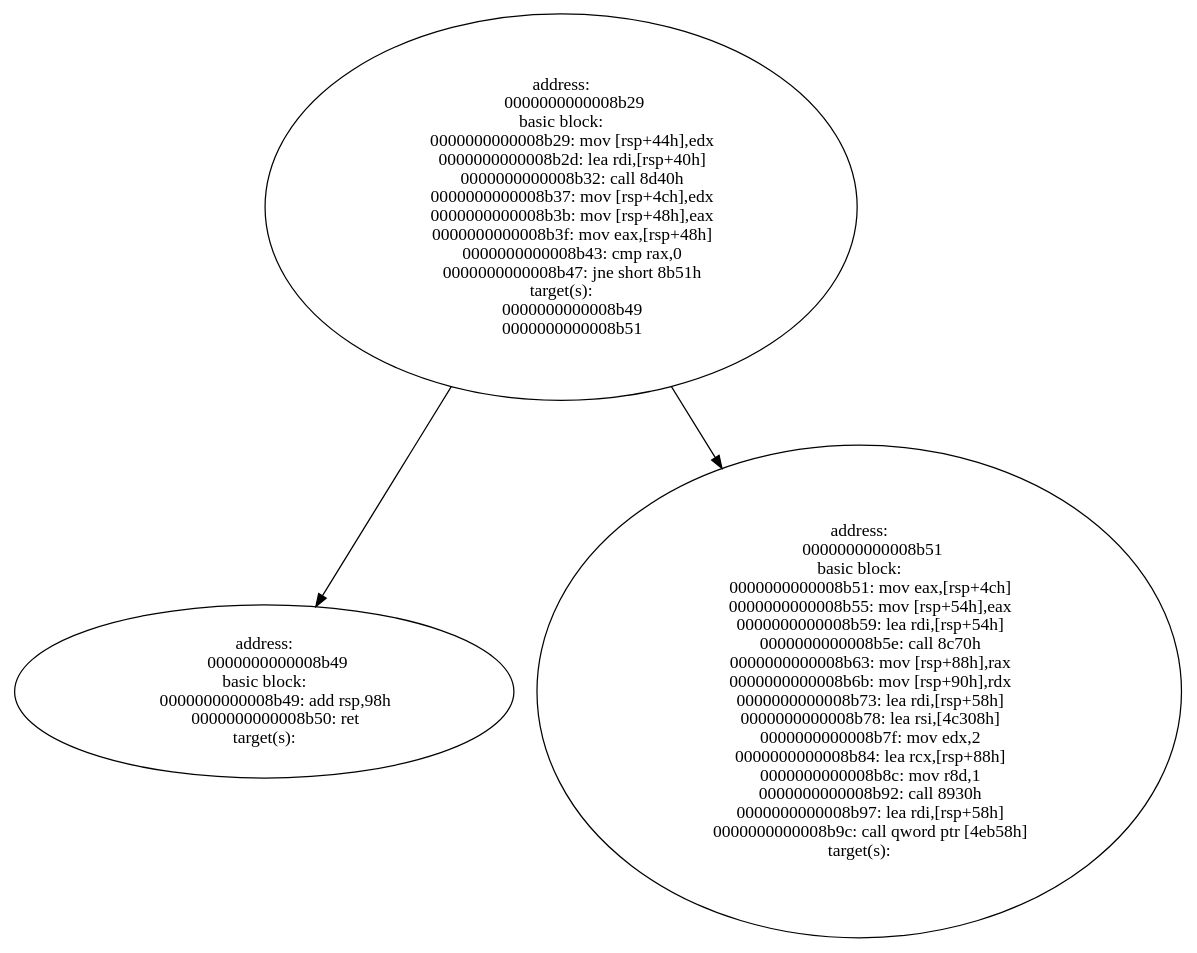
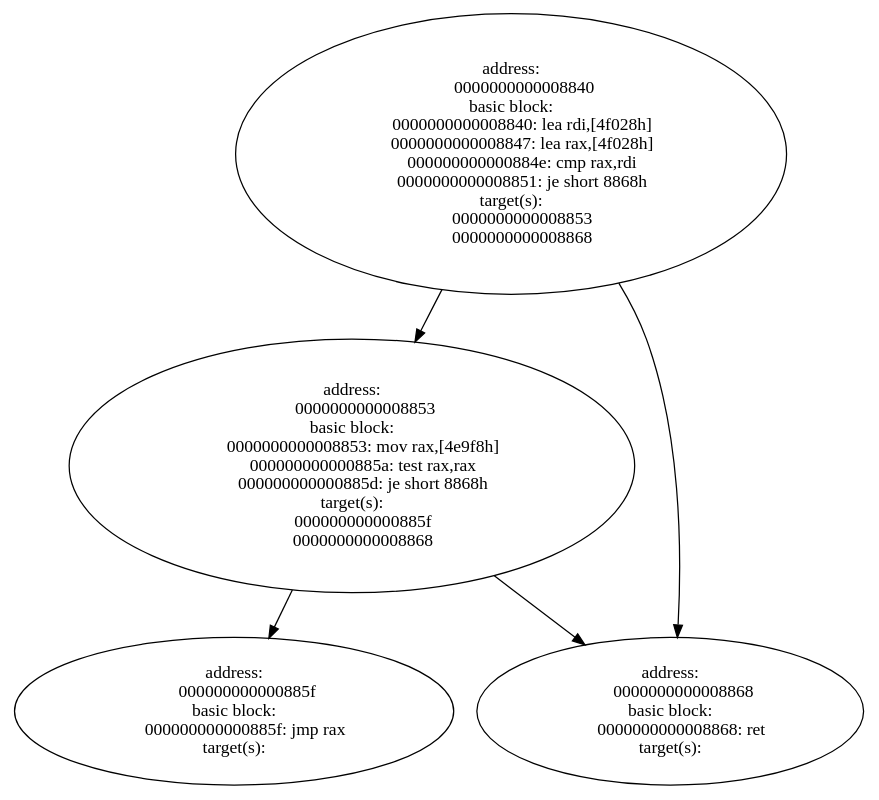
The diagram in virtual_address.dot (san-rok/virtual_address), drawn with Graphviz before and after one commit. The commit also changed 1 other file, not shown here.

Commit message:
test: Tarjan's SCC algorithm

```diff
--- a/virtual_address.dot
+++ b/virtual_address.dot
@@ -1,7 +1,10 @@
 digraph control_flow {
-    N0x8b29[label="address:\n       0000000000008b29\nbasic block:\n      0000000000008b29: mov [rsp+44h],edx\n      0000000000008b2d: lea rdi,[rsp+40h]\n      0000000000008b32: call 8d40h\n      0000000000008b37: mov [rsp+4ch],edx\n      0000000000008b3b: mov [rsp+48h],eax\n      0000000000008b3f: mov eax,[rsp+48h]\n      0000000000008b43: cmp rax,0\n      0000000000008b47: jne short 8b51h\ntarget(s):\n      0000000000008b49\n      0000000000008b51\n"];
-    N0x8b49[label="address:\n       0000000000008b49\nbasic block:\n      0000000000008b49: add rsp,98h\n      0000000000008b50: ret\ntarget(s):\n"];
-    N0x8b51[label="address:\n       0000000000008b51\nbasic block:\n      0000000000008b51: mov eax,[rsp+4ch]\n      0000000000008b55: mov [rsp+54h],eax\n      0000000000008b59: lea rdi,[rsp+54h]\n      0000000000008b5e: call 8c70h\n      0000000000008b63: mov [rsp+88h],rax\n      0000000000008b6b: mov [rsp+90h],rdx\n      0000000000008b73: lea rdi,[rsp+58h]\n      0000000000008b78: lea rsi,[4c308h]\n      0000000000008b7f: mov edx,2\n      0000000000008b84: lea rcx,[rsp+88h]\n      0000000000008b8c: mov r8d,1\n      0000000000008b92: call 8930h\n      0000000000008b97: lea rdi,[rsp+58h]\n      0000000000008b9c: call qword ptr [4eb58h]\ntarget(s):\n"];
-    N0x8b29 -> N0x8b49[label=""];
-    N0x8b29 -> N0x8b51[label=""];
+    N0x8840[label="address:\n       0000000000008840\nbasic block:\n      0000000000008840: lea rdi,[4f028h]\n      0000000000008847: lea rax,[4f028h]\n      000000000000884e: cmp rax,rdi\n      0000000000008851: je short 8868h\ntarget(s):\n      0000000000008853\n      0000000000008868\n"];
+    N0x8853[label="address:\n       0000000000008853\nbasic block:\n      0000000000008853: mov rax,[4e9f8h]\n      000000000000885a: test rax,rax\n      000000000000885d: je short 8868h\ntarget(s):\n      000000000000885f\n      0000000000008868\n"];
+    N0x885f[label="address:\n       000000000000885f\nbasic block:\n      000000000000885f: jmp rax\ntarget(s):\n"];
+    N0x8868[label="address:\n       0000000000008868\nbasic block:\n      0000000000008868: ret\ntarget(s):\n"];
+    N0x8840 -> N0x8853[label=""];
+    N0x8840 -> N0x8868[label=""];
+    N0x8853 -> N0x885f[label=""];
+    N0x8853 -> N0x8868[label=""];
 }
```
